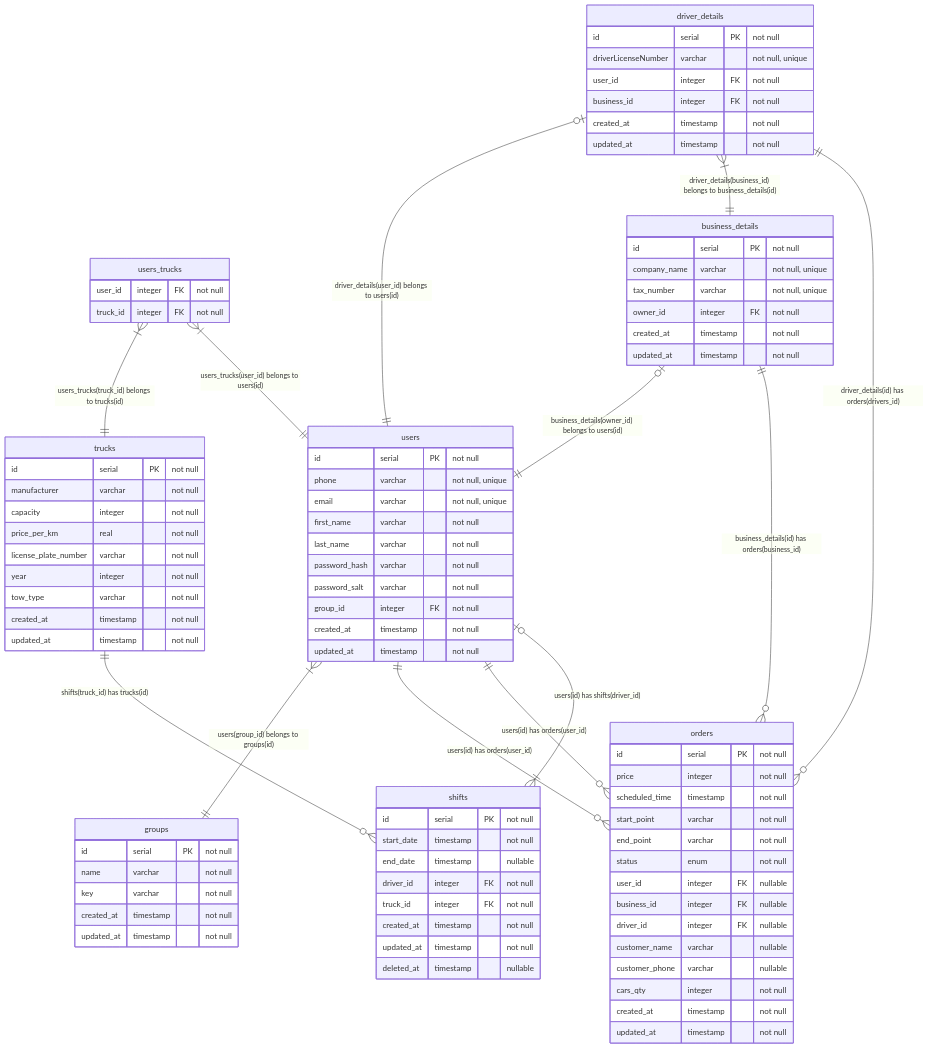
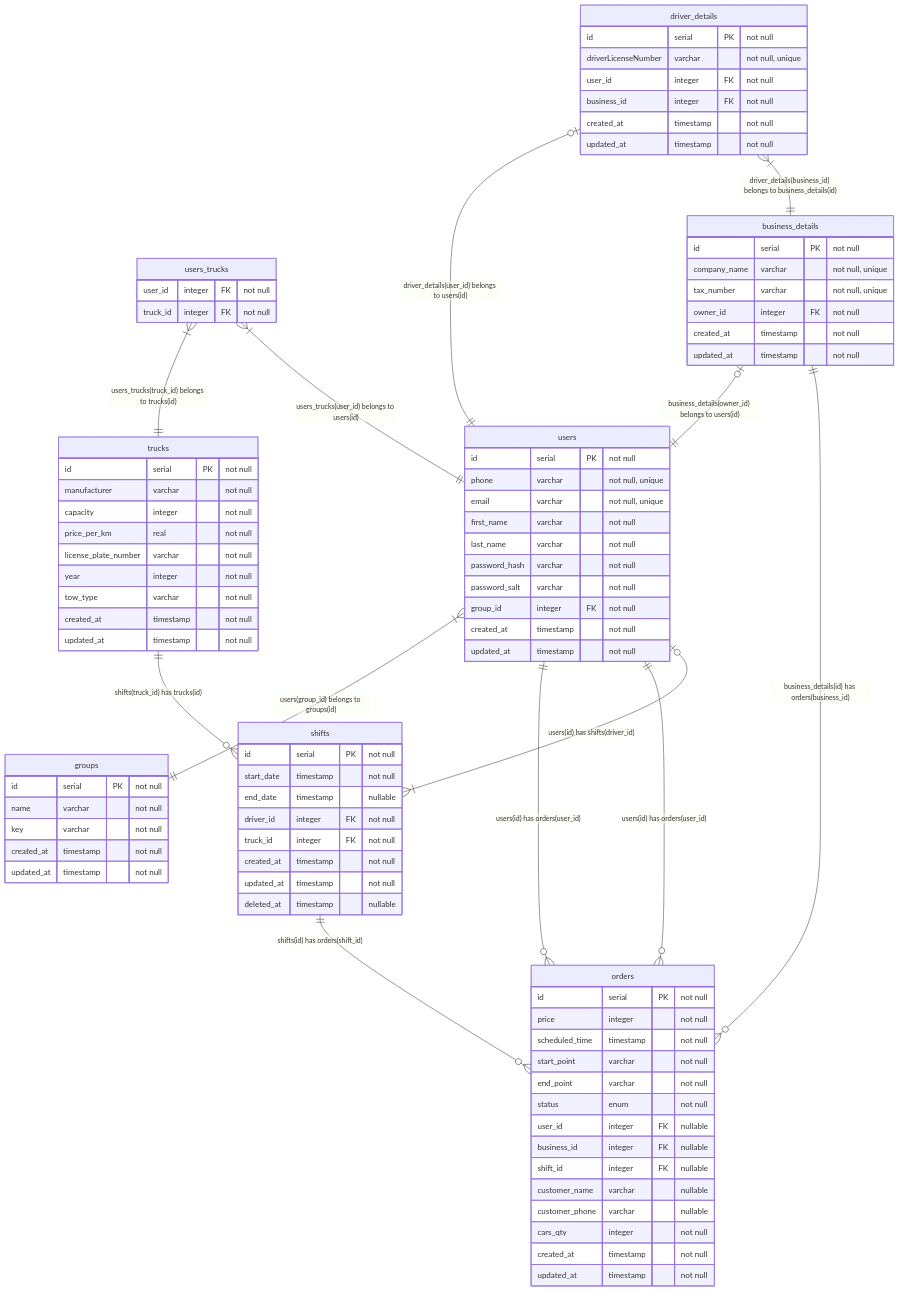
The diagram in readme.md (BinaryStudioAcademy/bsa-2023-towhub), drawn with Mermaid before and after one commit.

Commit message:
th-236: * correct readme

````diff
--- a/readme.md
+++ b/readme.md
@@ -105,7 +105,7 @@
         status enum "not null"
         user_id integer FK "nullable"
         business_id integer FK "nullable"
-        driver_id integer FK "nullable"
+        shift_id integer FK "nullable"
         customer_name varchar "nullable"
         customer_phone varchar "nullable"
         cars_qty integer "not null"
@@ -133,7 +133,7 @@
     users one -- zero or many orders: "users(id) has orders(user_id)"
     users one -- zero or many orders: "users(id) has orders(user_id)"
     business_details one -- zero or many orders: "business_details(id) has orders(business_id)"
-    driver_details one -- zero or many orders: "driver_details(id) has orders(drivers_id)"
+    shifts one -- zero or many orders: "shifts(id) has orders(shift_id)"
     users zero or one -- one or many shifts: "users(id) has shifts(driver_id)"
     trucks one -- zero or many shifts: "shifts(truck_id) has trucks(id)"
 ```
````
